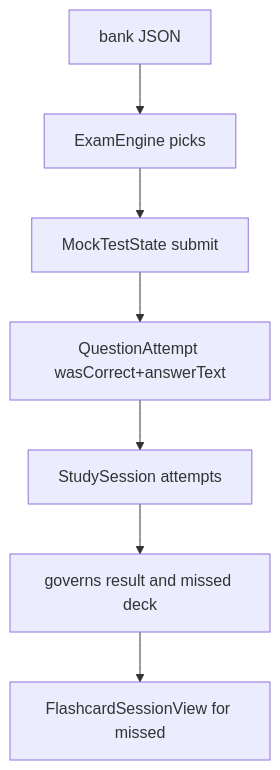
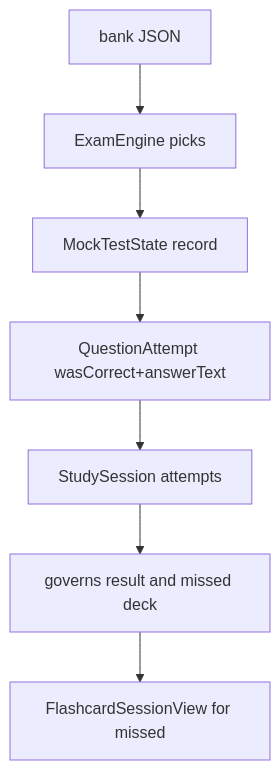
Before and after one commit to AD-Paladins/SwiftyCitizen: the second of 2 diagrams in docs/architecture/flow-mock-test.md, drawn with Mermaid. The commit also changed other lines of this file and 10 other files, not shown here.

First line of the commit message:
feat(mock-test): uniform manual advance with per-answer feedback

````diff
--- a/docs/architecture/flow-mock-test.md
+++ b/docs/architecture/flow-mock-test.md
@@ -56,9 +67,9 @@
 ```mermaid
 flowchart TD
     A[bank JSON] --> B[ExamEngine picks]
-    B --> C[MockTestState submit]
+    B --> C[MockTestState record]
     C --> D[QuestionAttempt wasCorrect+answerText]
     D --> E[StudySession attempts]
     E --> F[governs result and missed deck]
     F --> G[FlashcardSessionView for missed]
 ```
````
